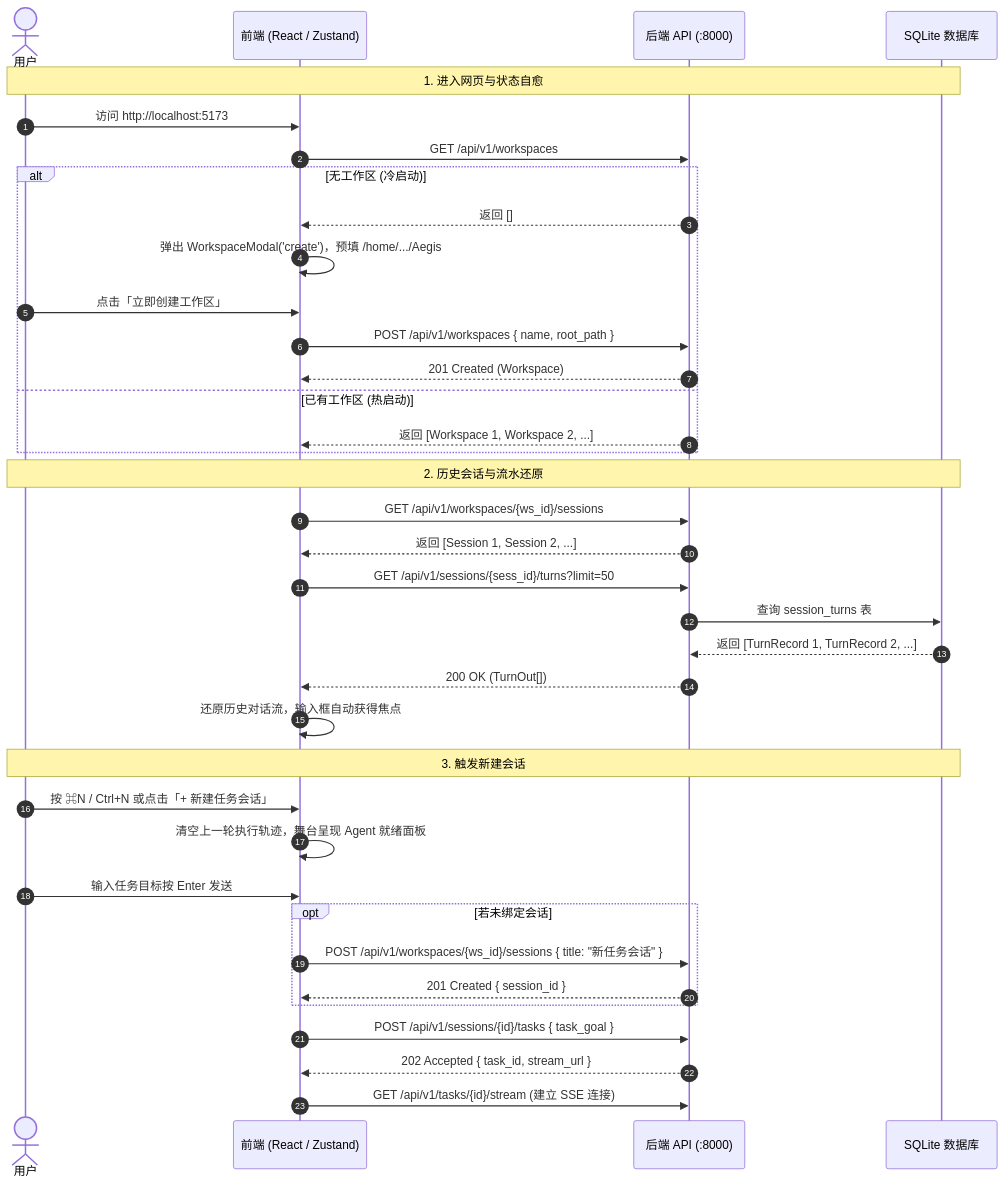
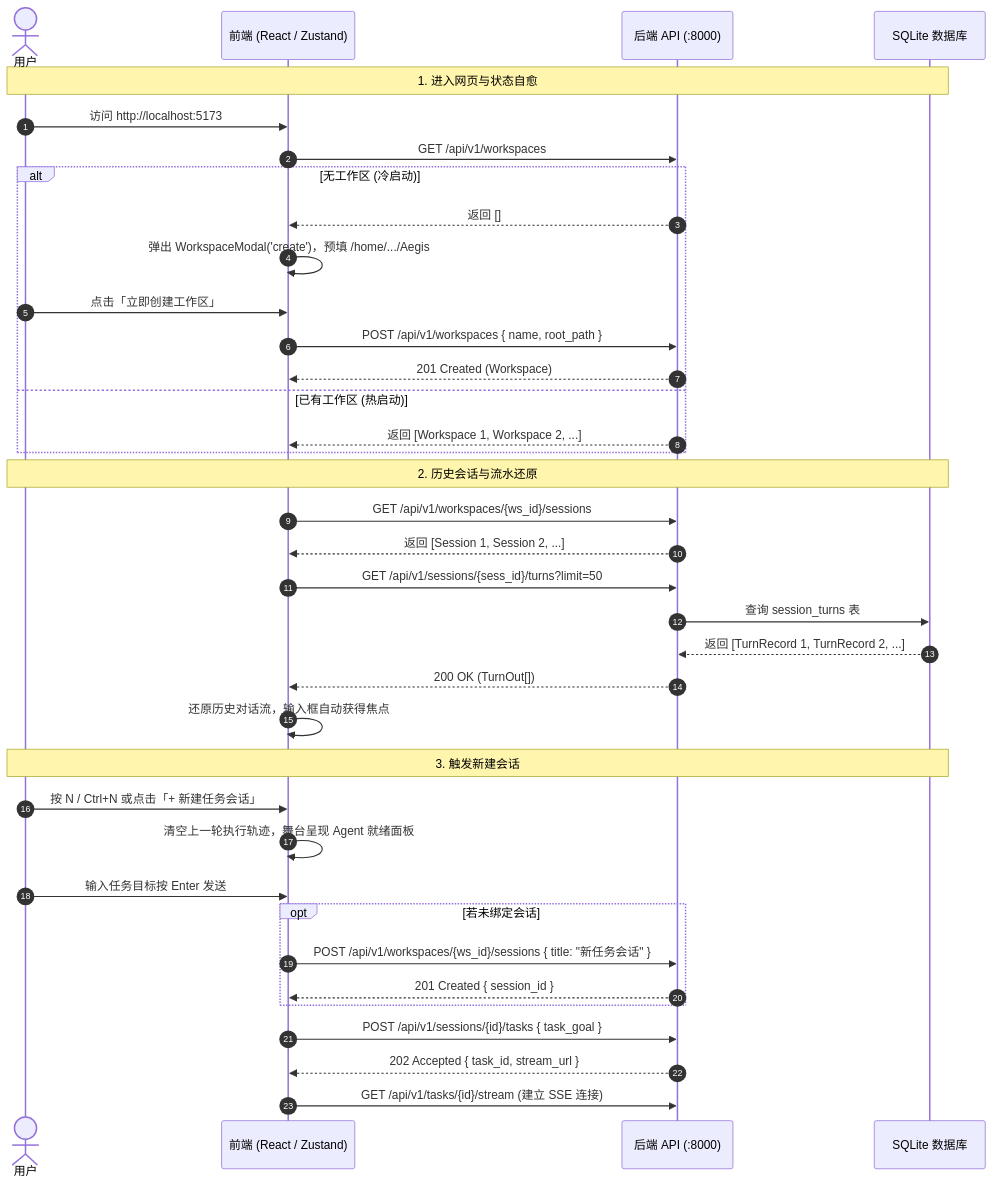
One commit to MakinoharaShokosans/Aegis changed the second of 5 diagrams in documents/03_子系统实施规范/frontend/frontend_workflow.md. Above: the diagram before and after it, drawn with Mermaid. The commit also changed other lines of this file and 97 other files, not shown here.

````diff
--- a/documents/03_子系统实施规范/frontend/frontend_workflow.md
+++ b/documents/03_子系统实施规范/frontend/frontend_workflow.md
@@ -73,42 +73,42 @@
 ```mermaid
 sequenceDiagram
     autonumber
     actor User as 用户
     participant UI as 前端 (React / Zustand)
     participant API as 后端 API (:8000)
     participant DB as SQLite 数据库
 
     Note over User,DB: 1. 进入网页与状态自愈
     User->>UI: 访问 http://localhost:5173
     UI->>API: GET /api/v1/workspaces
     alt 无工作区 (冷启动)
         API-->>UI: 返回 []
         UI->>UI: 弹出 WorkspaceModal('create')，预填 /home/.../Aegis
         User->>UI: 点击「立即创建工作区」
         UI->>API: POST /api/v1/workspaces { name, root_path }
         API-->>UI: 201 Created (Workspace)
     else 已有工作区 (热启动)
         API-->>UI: 返回 [Workspace 1, Workspace 2, ...]
     end
 
     Note over User,DB: 2. 历史会话与流水还原
     UI->>API: GET /api/v1/workspaces/{ws_id}/sessions
     API-->>UI: 返回 [Session 1, Session 2, ...]
     UI->>API: GET /api/v1/sessions/{sess_id}/turns?limit=50
     API->>DB: 查询 session_turns 表
     DB-->>API: 返回 [TurnRecord 1, TurnRecord 2, ...]
     API-->>UI: 200 OK (TurnOut[])
     UI->>UI: 还原历史对话流，输入框自动获得焦点
 
     Note over User,DB: 3. 触发新建会话
-    User->>UI: 按 ⌘N / Ctrl+N 或点击「+ 新建任务会话」
+    User->>UI: 按 N / Ctrl+N 或点击「+ 新建任务会话」
     UI->>UI: 清空上一轮执行轨迹，舞台呈现 Agent 就绪面板
     User->>UI: 输入任务目标按 Enter 发送
     opt 若未绑定会话
         UI->>API: POST /api/v1/workspaces/{ws_id}/sessions { title: "新任务会话" }
         API-->>UI: 201 Created { session_id }
     end
     UI->>API: POST /api/v1/sessions/{id}/tasks { task_goal }
     API-->>UI: 202 Accepted { task_id, stream_url }
     UI->>API: GET /api/v1/tasks/{id}/stream (建立 SSE 连接)
 ```
````
